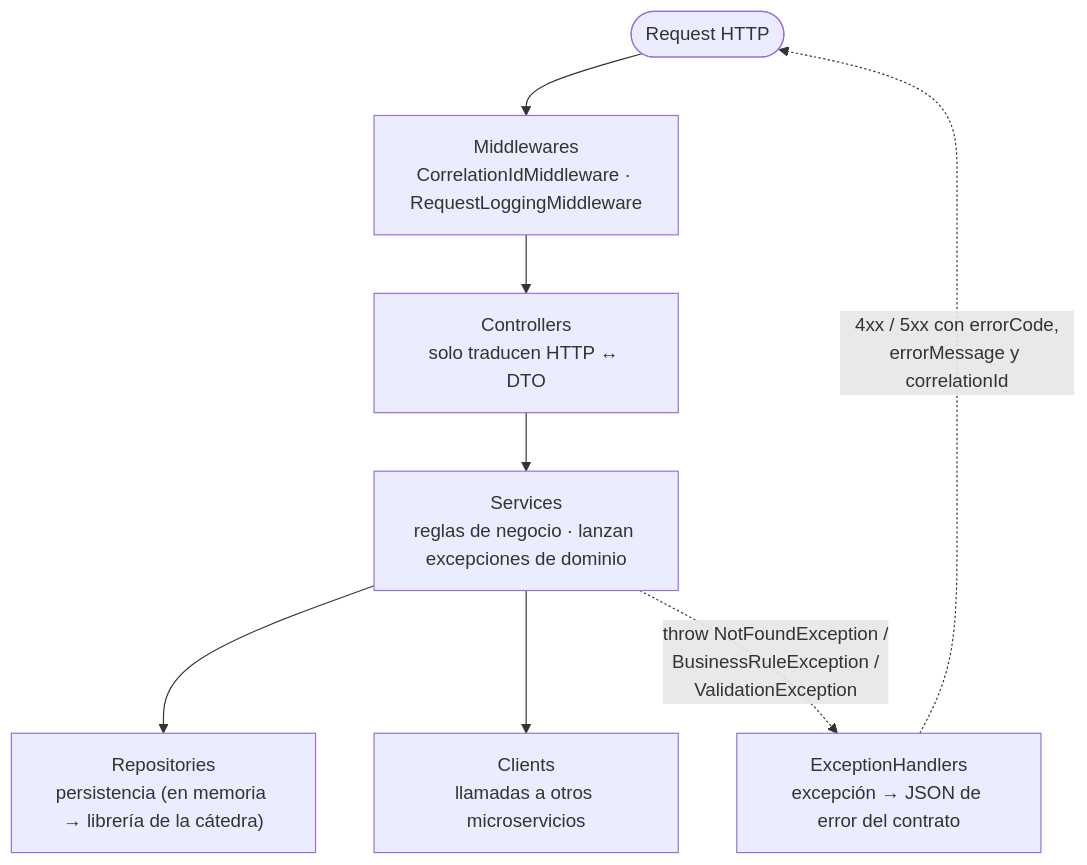
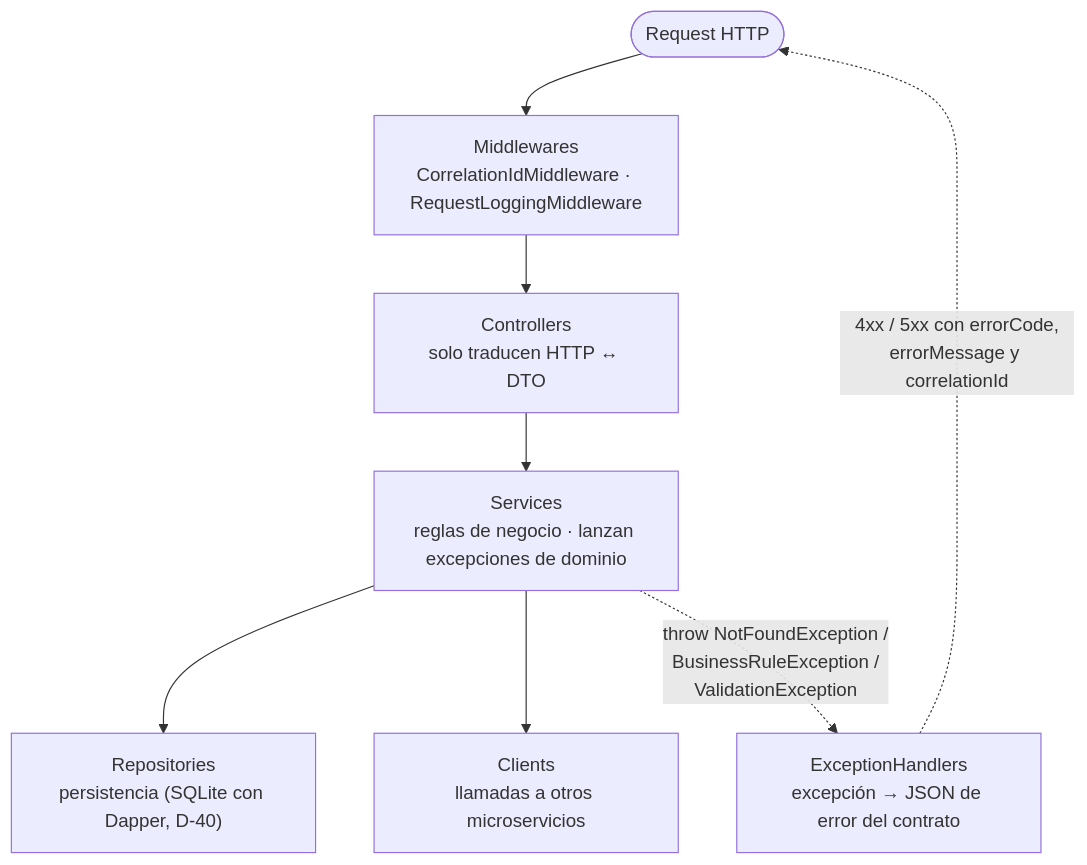
The second of 7 diagrams in docs/arquitectura/arquitectura.md (thomasfgomez7/tp_arquitectura_microservicios_cai_grupo_15), drawn with Mermaid before and after one commit. The commit also changed other lines of this file and 6 other files, not shown here.

Commit message:
docs: decisión D-40 de persistencia en SQLite y prueba de start-all.ps1 en Windows

````diff
--- a/docs/arquitectura/arquitectura.md
+++ b/docs/arquitectura/arquitectura.md
@@ -40,16 +40,16 @@
 ```mermaid
 flowchart TB
     http(["Request HTTP"])
     mw["Middlewares<br/>CorrelationIdMiddleware · RequestLoggingMiddleware"]
     ctrl["Controllers<br/>solo traducen HTTP ↔ DTO"]
     svc["Services<br/>reglas de negocio · lanzan excepciones de dominio"]
-    repo["Repositories<br/>persistencia (en memoria → librería de la cátedra)"]
+    repo["Repositories<br/>persistencia (SQLite con Dapper, D-40)"]
     cli["Clients<br/>llamadas a otros microservicios"]
     eh["ExceptionHandlers<br/>excepción → JSON de error del contrato"]
 
     http --> mw --> ctrl --> svc
     svc --> repo
     svc --> cli
     svc -. "throw NotFoundException /<br/>BusinessRuleException /<br/>ValidationException" .-> eh
     eh -. "4xx / 5xx con errorCode,<br/>errorMessage y correlationId" .-> http
 ```
````
